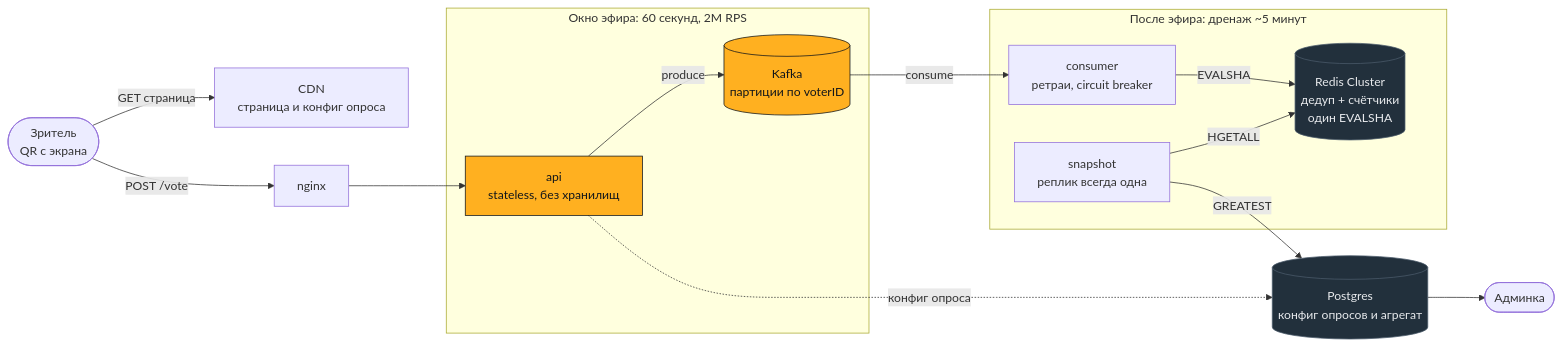
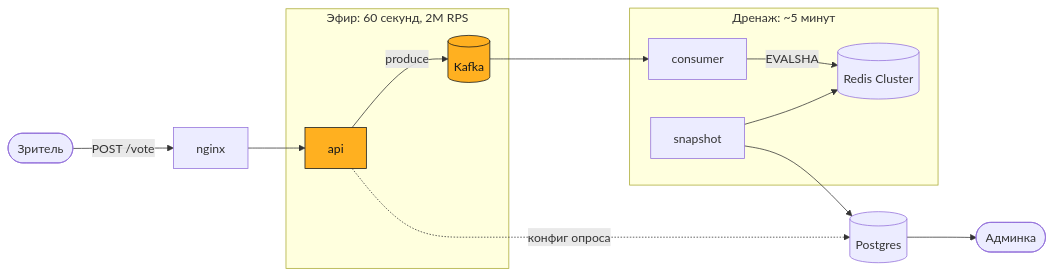
Before and after one commit to dubter/televote: the diagram in README.md, drawn with Mermaid. The commit also changed other lines of this file and 12 other files, not shown here.

````diff
--- a/README.md
+++ b/README.md
@@ -128,35 +37,28 @@
 ```mermaid
 flowchart LR
-    viewer(["Зритель<br/>QR с экрана"])
-    cdn["CDN<br/>страница и конфиг опроса"]
+    viewer(["Зритель"])
     lb["nginx"]
 
-    subgraph hot["Окно эфира: 60 секунд, 2M RPS"]
-        api["api<br/>stateless, без хранилищ"]
-        kafka[("Kafka<br/>партиции по voterID")]
+    subgraph hot["Эфир: 60 секунд, 2M RPS"]
+        api["api"]
+        kafka[("Kafka")]
     end
 
-    subgraph drain["После эфира: дренаж ~5 минут"]
-        consumer["consumer<br/>ретраи, circuit breaker"]
-        redis[("Redis Cluster<br/>дедуп + счётчики<br/>один EVALSHA")]
-        snapshot["snapshot<br/>реплик всегда одна"]
+    subgraph drain["Дренаж: ~5 минут"]
+        consumer["consumer"]
+        redis[("Redis Cluster")]
+        snapshot["snapshot"]
     end
 
-    pg[("Postgres<br/>конфиг опросов и агрегат")]
+    pg[("Postgres")]
     admin(["Админка"])
 
-    viewer -->|GET страница| cdn
-    viewer -->|POST /vote| lb --> api
-    api -->|produce| kafka
+    viewer -->|POST /vote| lb --> api -->|produce| kafka
     api -.->|конфиг опроса| pg
-    kafka -->|consume| consumer
-    consumer -->|EVALSHA| redis
-    snapshot -->|HGETALL| redis
-    snapshot -->|GREATEST| pg
-    pg --> admin
+    kafka --> consumer -->|EVALSHA| redis
+    snapshot --> redis
+    snapshot --> pg --> admin
 
     classDef hotPath fill:#ffb020,stroke:#12161a,color:#12161a
-    classDef store fill:#22303c,stroke:#4a5a6a,color:#e8eaed
     class api,kafka hotPath
-    class redis,pg store
 ```
````
